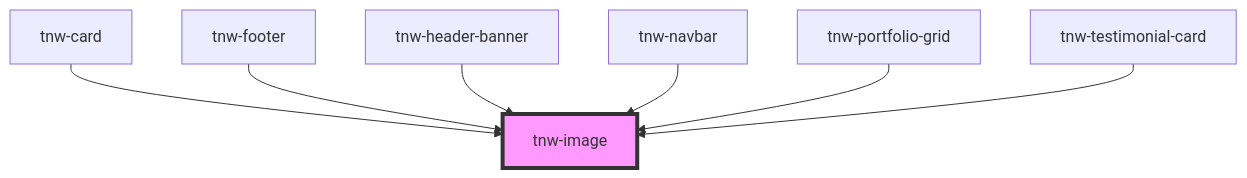
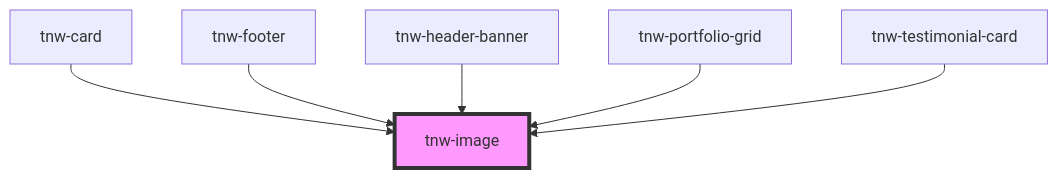
Before and after one commit to technway/technway-component-library: the diagram in packages/stencil-library/src/components/tnw-image/readme.md, drawn with Mermaid. The commit also changed other lines of this file and 58 other files, not shown here.

Commit message:
feat(tnw-navbar): add new props for more flexibility

````diff
--- a/packages/stencil-library/src/components/tnw-image/readme.md
+++ b/packages/stencil-library/src/components/tnw-image/readme.md
@@ -92,10 +91,9 @@
 ```mermaid
 graph TD;
   tnw-card --> tnw-image
   tnw-footer --> tnw-image
   tnw-header-banner --> tnw-image
-  tnw-navbar --> tnw-image
   tnw-portfolio-grid --> tnw-image
   tnw-testimonial-card --> tnw-image
   style tnw-image fill:#f9f,stroke:#333,stroke-width:4px
 ```
````
